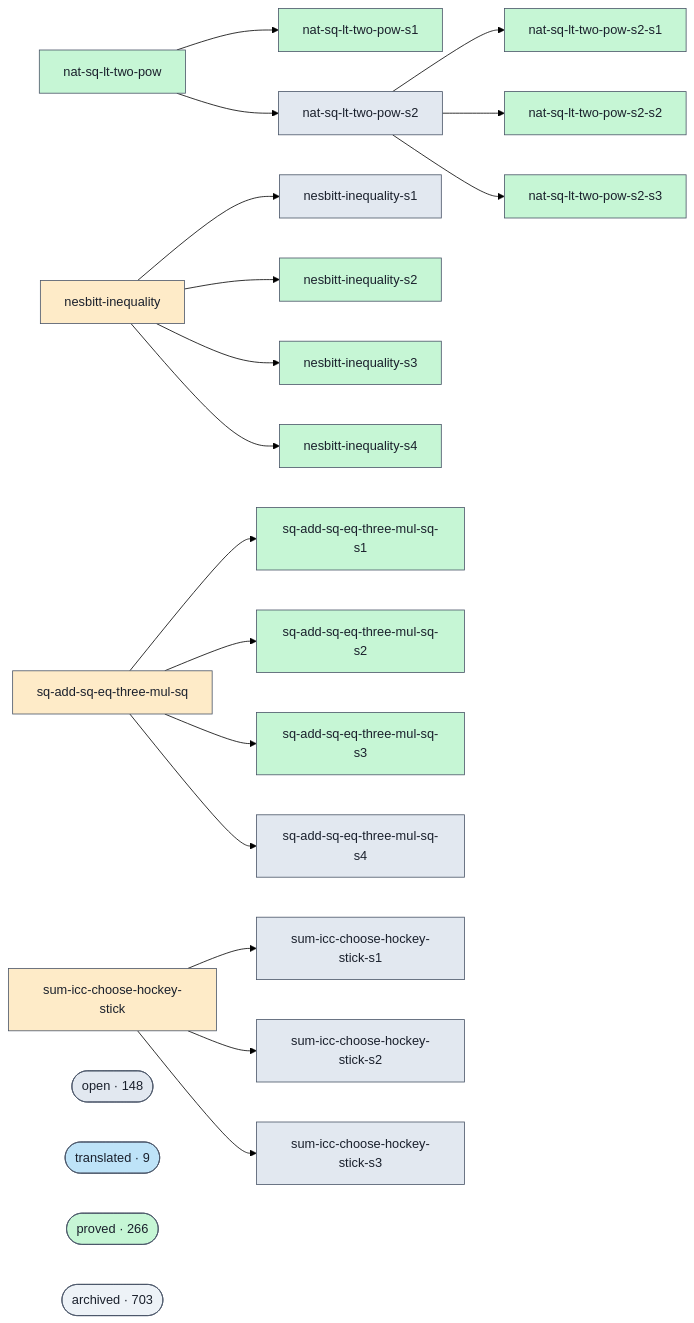
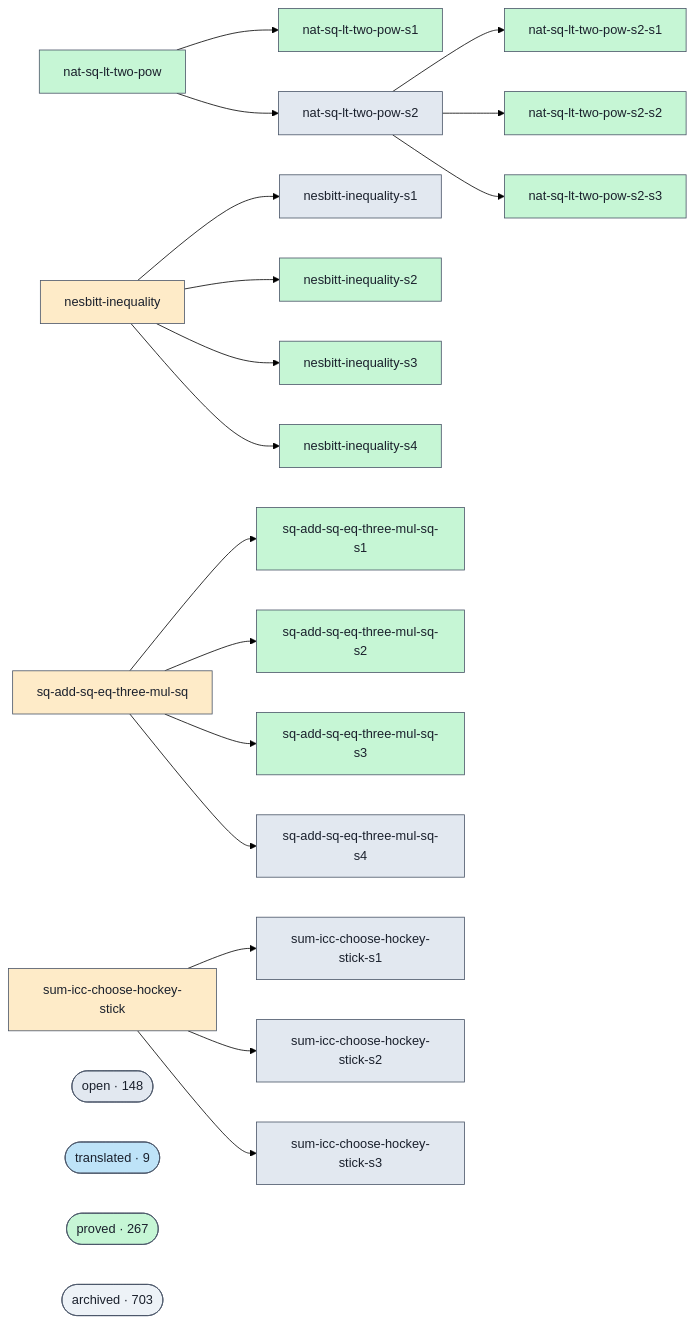
The diagram in docs/proofs-contributors-visualisation.md (ohdearquant/unsorry), drawn with Mermaid (forest theme) before and after one commit. The commit also changed other lines of this file and 2 other files, not shown here.

```diff
--- a/docs/proofs-contributors-visualisation.md
+++ b/docs/proofs-contributors-visualisation.md
@@ -102,7 +102,7 @@
   class cluster_open open;
   cluster_translated(["translated · 9"])
   class cluster_translated translated;
-  cluster_proved(["proved · 266"])
+  cluster_proved(["proved · 267"])
   class cluster_proved proved;
   cluster_archived(["archived · 703"])
   class cluster_archived unknown;
```
